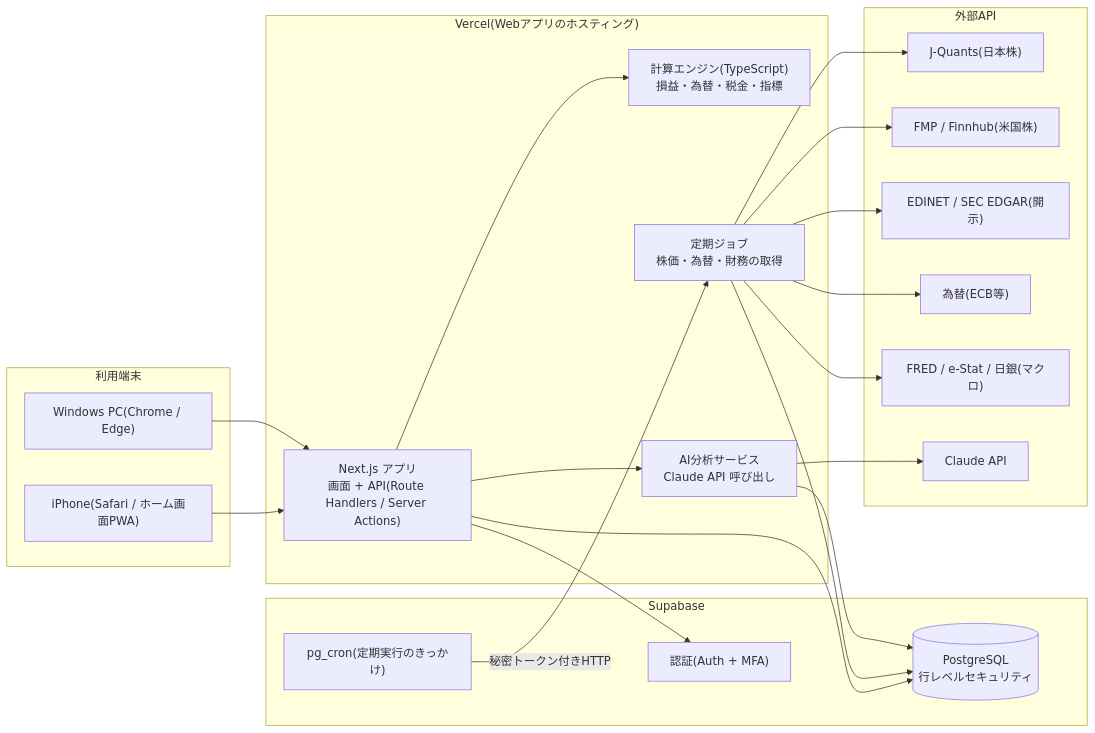
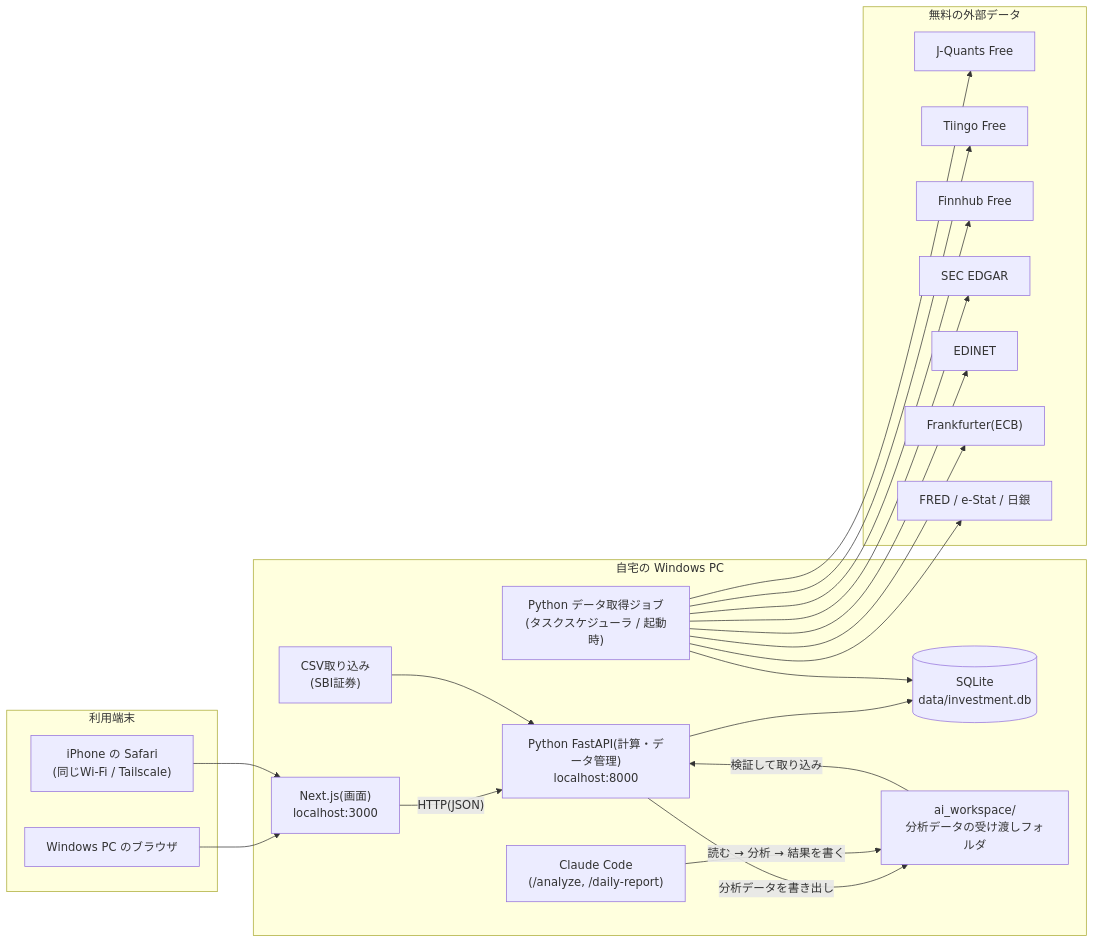
The diagram in docs/ai-investment-assistant/01-system-architecture.md (kakuyakun6118-eng/-), drawn with Mermaid before and after one commit. The commit also changed other lines of this file and 11 other files, not shown here.

````diff
--- a/docs/ai-investment-assistant/01-system-architecture.md
+++ b/docs/ai-investment-assistant/01-system-architecture.md
@@ -9,41 +9,38 @@
 ```mermaid
 flowchart LR
-  subgraph Client["利用端末"]
-    iPhone["iPhone(Safari / ホーム画面PWA)"]
-    PC["Windows PC(Chrome / Edge)"]
+  subgraph Devices["利用端末"]
+    PC["Windows PC のブラウザ"]
+    iPhone["iPhone の Safari<br/>(同じWi-Fi / Tailscale)"]
   end
 
-  subgraph Vercel["Vercel(Webアプリのホスティング)"]
-    Next["Next.js アプリ<br/>画面 + API(Route Handlers / Server Actions)"]
-    Calc["計算エンジン(TypeScript)<br/>損益・為替・税金・指標"]
-    AIsvc["AI分析サービス<br/>Claude API 呼び出し"]
-    Jobs["定期ジョブ<br/>株価・為替・財務の取得"]
+  subgraph Local["自宅の Windows PC"]
+    Web["Next.js(画面)<br/>localhost:3000"]
+    API["Python FastAPI(計算・データ管理)<br/>localhost:8000"]
+    DB[("SQLite<br/>data/investment.db")]
+    Jobs["Python データ取得ジョブ<br/>(タスクスケジューラ / 起動時)"]
+    CSV["CSV取り込み<br/>(SBI証券)"]
+    WS["ai_workspace/<br/>分析データの受け渡しフォルダ"]
+    CC["Claude Code<br/>(/analyze, /daily-report)"]
   end
 
-  subgraph Supabase["Supabase"]
-    Auth["認証(Auth + MFA)"]
-    DB[("PostgreSQL<br/>行レベルセキュリティ")]
-    Cron["pg_cron(定期実行のきっかけ)"]
+  subgraph Free["無料の外部データ"]
+    JQ["J-Quants Free"]
+    TI["Tiingo Free"]
+    FH["Finnhub Free"]
+    SEC["SEC EDGAR"]
+    ED["EDINET"]
+    FX["Frankfurter(ECB)"]
+    MAC["FRED / e-Stat / 日銀"]
   end
 
-  subgraph External["外部API"]
-    JQ["J-Quants(日本株)"]
-    FMP["FMP / Finnhub(米国株)"]
-    EDINET["EDINET / SEC EDGAR(開示)"]
-    FX["為替(ECB等)"]
-    FRED["FRED / e-Stat / 日銀(マクロ)"]
-    Claude["Claude API"]
-  end
-
-  iPhone --> Next
-  PC --> Next
-  Next --> Auth
-  Next --> DB
-  Next --> Calc
-  Next --> AIsvc
-  Cron -->|"秘密トークン付きHTTP"| Jobs
-  Jobs --> JQ & FMP & EDINET & FX & FRED
+  PC --> Web
+  iPhone --> Web
+  Web -->|"HTTP(JSON)"| API
+  API --> DB
+  CSV --> API
   Jobs --> DB
-  AIsvc --> Claude
-  AIsvc --> DB
+  Jobs --> JQ & TI & FH & SEC & ED & FX & MAC
+  API -->|"分析データを書き出し"| WS
+  CC -->|"読む → 分析 → 結果を書く"| WS
+  WS -->|"検証して取り込み"| API
 ```
````
